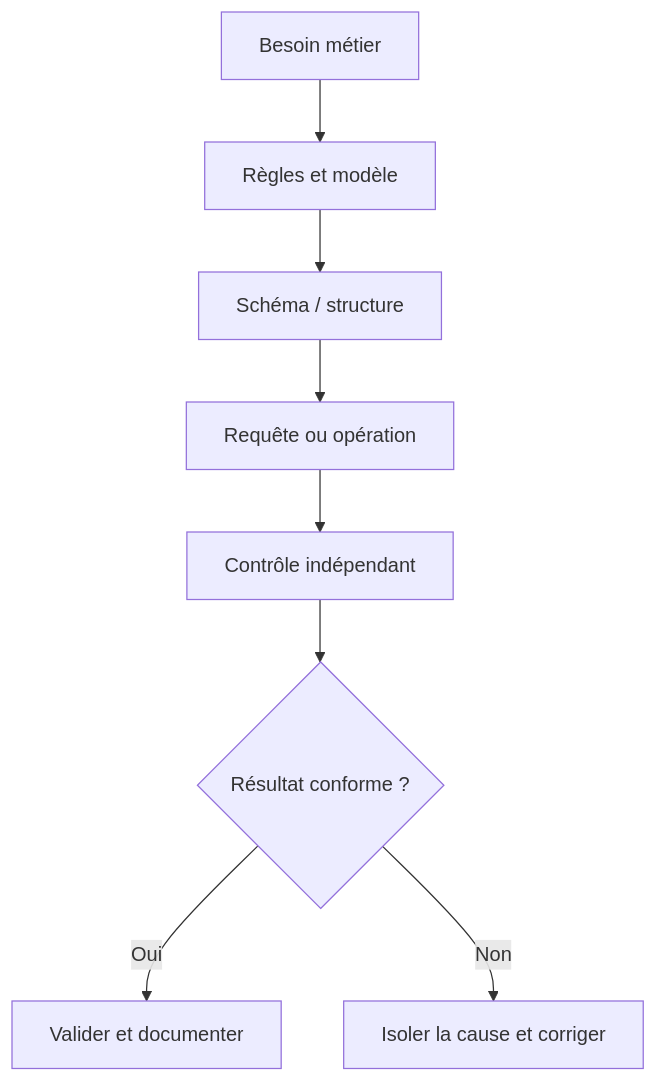
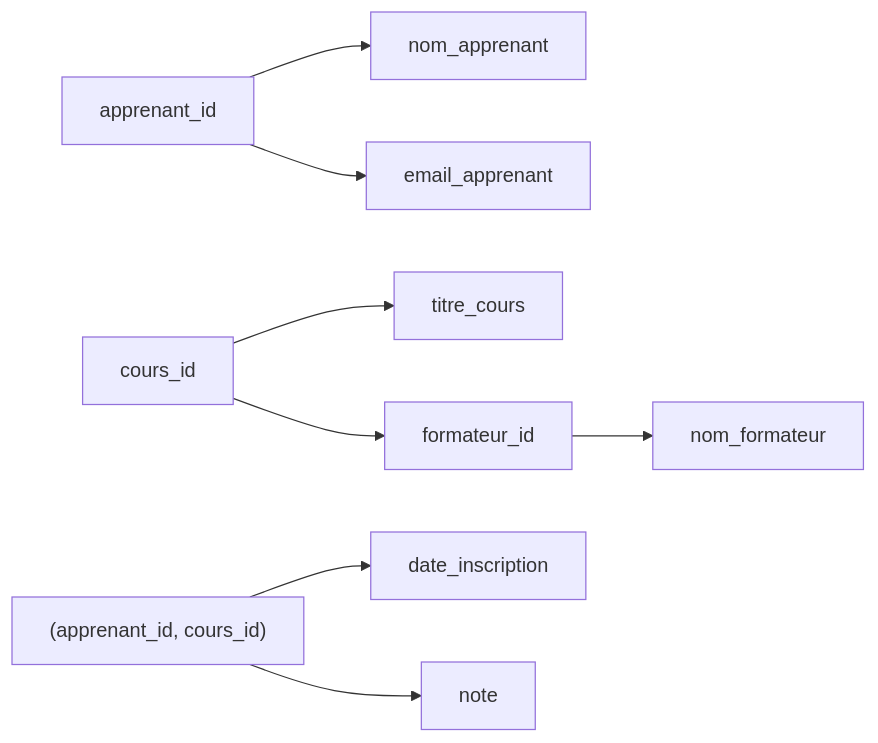
Before and after one commit to biggyseven/Skill-Tree: the second of 8 diagrams in content/lessons/data-normalisation-debutant.md, drawn with Mermaid. The commit also changed other lines of this file, not shown here.

````diff
--- a/content/lessons/data-normalisation-debutant.md
+++ b/content/lessons/data-normalisation-debutant.md
@@ -101,10 +117,10 @@
-```mermaid
-flowchart TD
-    A["Besoin métier"] --> B["Règles et modèle"]
-    B --> C["Schéma / structure"]
-    C --> D["Requête ou opération"]
-    D --> E["Contrôle indépendant"]
-    E --> F{"Résultat conforme ?"}
-    F -- "Oui" --> G["Valider et documenter"]
-    F -- "Non" --> H["Isoler la cause et corriger"]
-```
+~~~mermaid
+flowchart LR
+    A["apprenant_id"] --> B["nom_apprenant"]
+    A --> C["email_apprenant"]
+    D["cours_id"] --> E["titre_cours"]
+    D --> F["formateur_id"]
+    F --> G["nom_formateur"]
+    H["(apprenant_id, cours_id)"] --> I["date_inscription"]
+    H --> J["note"]
+~~~
````
